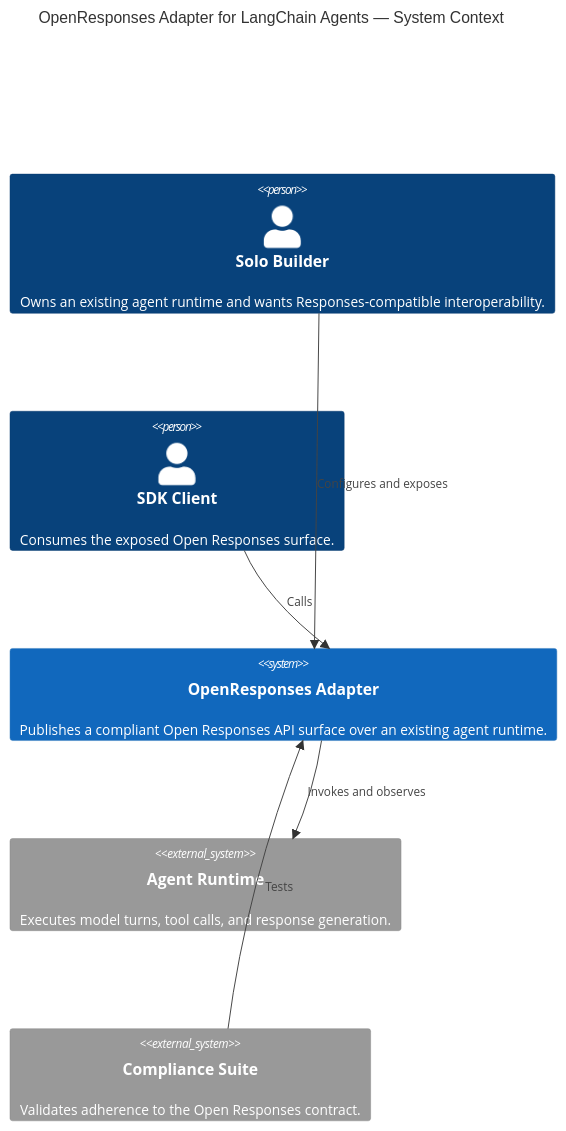
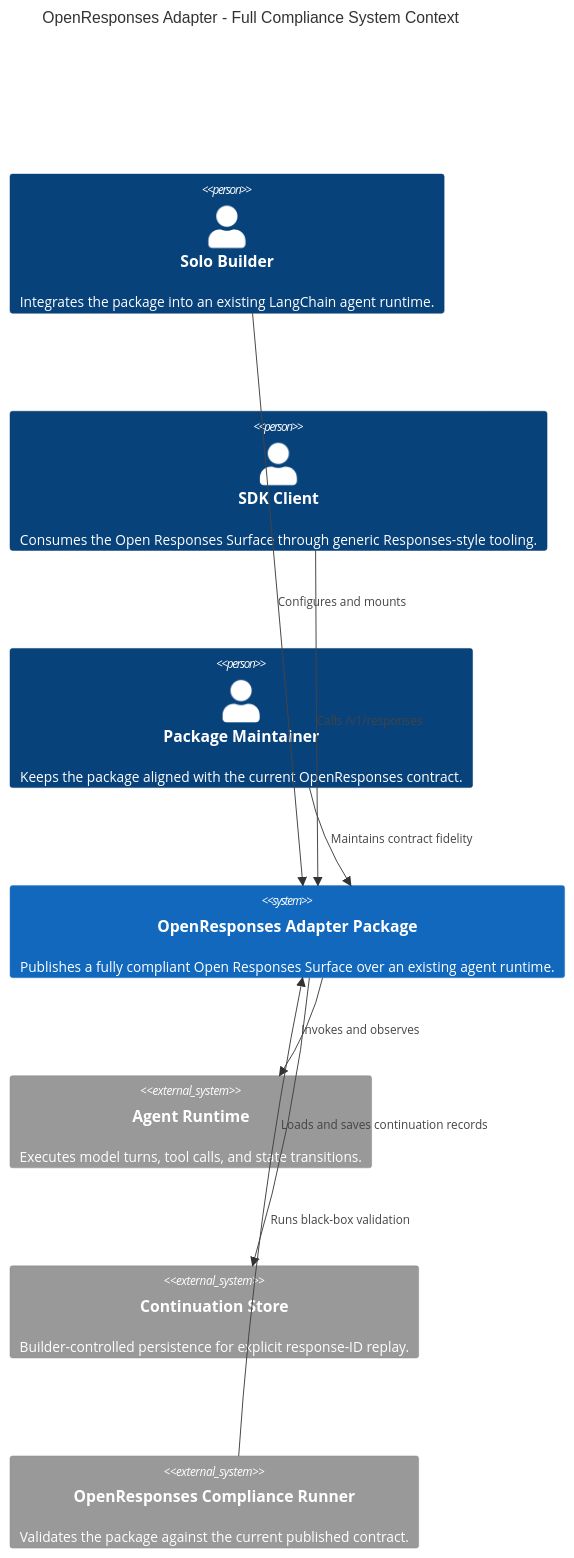
The first of 2 diagrams in packages/openresponses-adapter/docs/PRD.md (SkrOYC/langchain-middlewares-callbacks-ts), drawn with Mermaid before and after one commit. The commit also changed other lines of this file and 3 other files, not shown here.

Commit message:
docs: expand full-compliance planning chain

````diff
--- a/packages/openresponses-adapter/docs/PRD.md
+++ b/packages/openresponses-adapter/docs/PRD.md
@@ -222,15 +171,19 @@
 ```mermaid
 C4Context
-    title OpenResponses Adapter for LangChain Agents — System Context
+title OpenResponses Adapter - Full Compliance System Context
 
-    Person(builder, "Solo Builder", "Owns an existing agent runtime and wants Responses-compatible interoperability.")
-    Person(client, "SDK Client", "Consumes the exposed Open Responses surface.")
-    System(system, "OpenResponses Adapter", "Publishes a compliant Open Responses API surface over an existing agent runtime.")
-    System_Ext(agentRuntime, "Agent Runtime", "Executes model turns, tool calls, and response generation.")
-    System_Ext(complianceSuite, "Compliance Suite", "Validates adherence to the Open Responses contract.")
+Person(builder, "Solo Builder", "Integrates the package into an existing LangChain agent runtime.")
+Person(client, "SDK Client", "Consumes the Open Responses Surface through generic Responses-style tooling.")
+Person(maintainer, "Package Maintainer", "Keeps the package aligned with the current OpenResponses contract.")
+System(system, "OpenResponses Adapter Package", "Publishes a fully compliant Open Responses Surface over an existing agent runtime.")
+System_Ext(runtime, "Agent Runtime", "Executes model turns, tool calls, and state transitions.")
+System_Ext(store, "Continuation Store", "Builder-controlled persistence for explicit response-ID replay.")
+System_Ext(compliance, "OpenResponses Compliance Runner", "Validates the package against the current published contract.")
 
-    Rel(builder, system, "Configures and exposes")
-    Rel(client, system, "Calls")
-    Rel(system, agentRuntime, "Invokes and observes")
-    Rel(complianceSuite, system, "Tests")
+Rel(builder, system, "Configures and mounts")
+Rel(client, system, "Calls /v1/responses")
+Rel(system, runtime, "Invokes and observes")
+Rel(system, store, "Loads and saves continuation records")
+Rel(maintainer, system, "Maintains contract fidelity")
+Rel(compliance, system, "Runs black-box validation")
 ```
````
